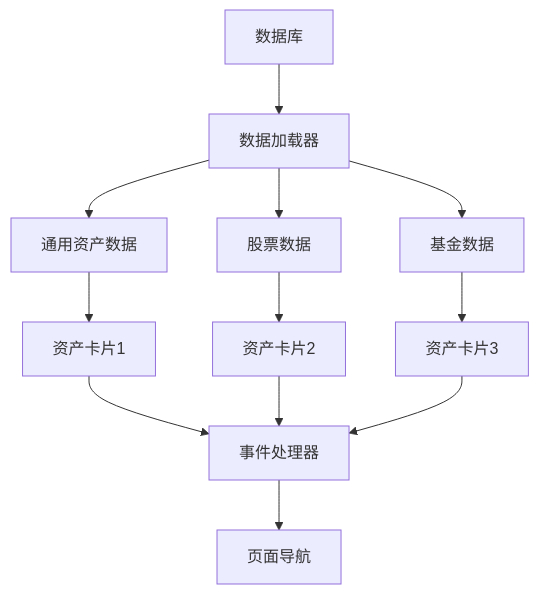
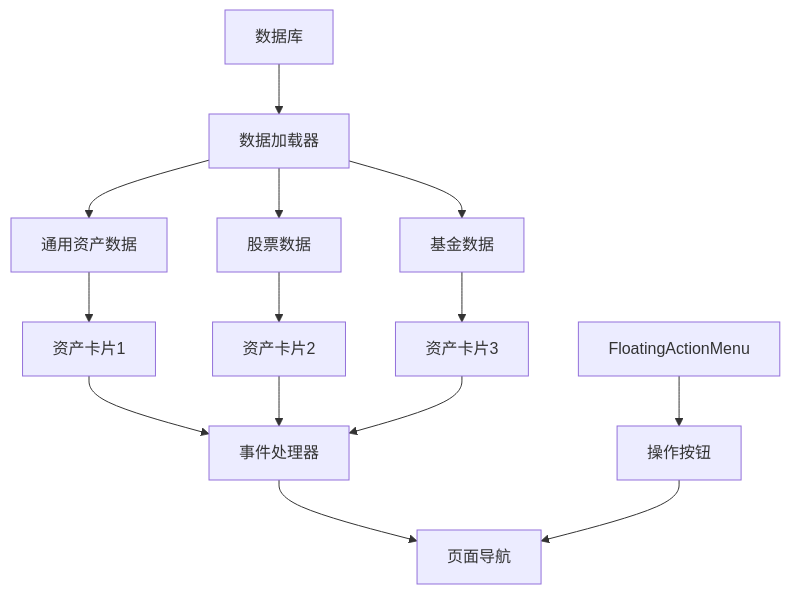
Before and after one commit to xiao-lin-unit/yuan: the tenth of 10 diagrams in .qoder/repowiki/zh/content/资产管理/资产卡片组件.md, drawn with Mermaid. The commit also changed other lines of this file and 14 other files, not shown here.

````diff
--- a/.qoder/repowiki/zh/content/资产管理/资产卡片组件.md
+++ b/.qoder/repowiki/zh/content/资产管理/资产卡片组件.md
@@ -345,14 +391,16 @@
 ```mermaid
 flowchart TD
 Database[数据库] --> Loader[数据加载器]
 Loader --> GeneralAssets[通用资产数据]
 Loader --> Stocks[股票数据]
 Loader --> Funds[基金数据]
 GeneralAssets --> AssetCard1[资产卡片1]
 Stocks --> AssetCard2[资产卡片2]
 Funds --> AssetCard3[资产卡片3]
 AssetCard1 --> EventHandlers[事件处理器]
 AssetCard2 --> EventHandlers
 AssetCard3 --> EventHandlers
 EventHandlers --> Navigation[页面导航]
+FloatingActionMenu --> ActionButtons[操作按钮]
+ActionButtons --> Navigation
 ```
````
